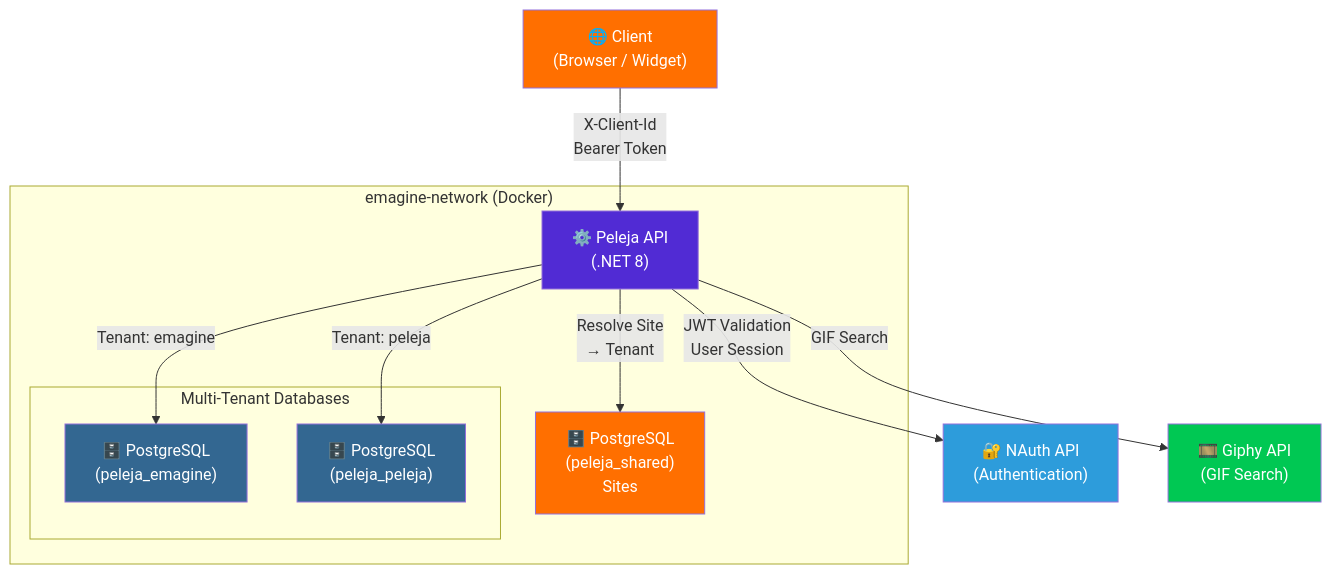
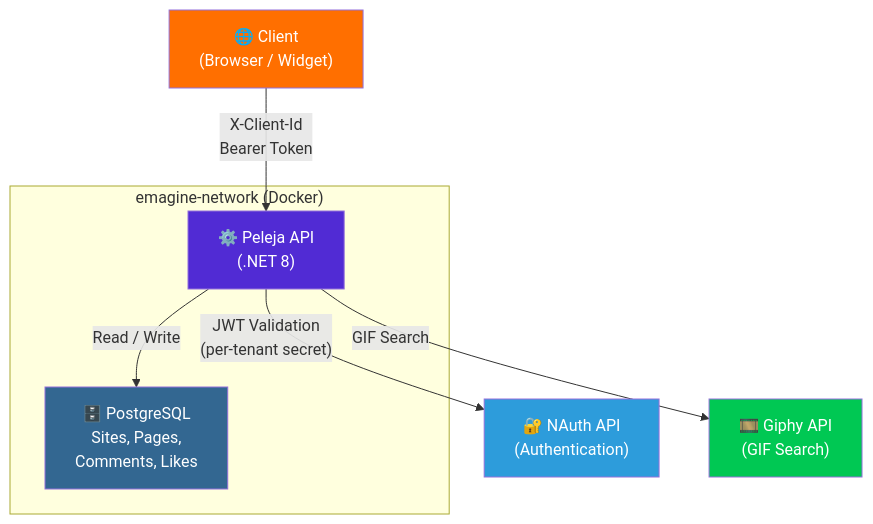
Before and after one commit to emaginebr/Peleja: the diagram in docs/system-design.mmd, drawn with Mermaid. The commit also changed 1 other file, not shown here.

```diff
--- a/docs/system-design.mmd
+++ b/docs/system-design.mmd
@@ -1,30 +1,20 @@
 flowchart TD
     Client["🌐 Client\n(Browser / Widget)"]
     NAuth["🔐 NAuth API\n(Authentication)"]
     Giphy["🎞️ Giphy API\n(GIF Search)"]
 
     subgraph emagine-network["emagine-network (Docker)"]
         API["⚙️ Peleja API\n(.NET 8)"]
-
-        DB_S["🗄️ PostgreSQL\n(peleja_shared)\nSites"]
-
-        subgraph Tenants["Multi-Tenant Databases"]
-            DB_E["🗄️ PostgreSQL\n(peleja_emagine)"]
-            DB_P["🗄️ PostgreSQL\n(peleja_peleja)"]
-        end
+        DB["🗄️ PostgreSQL\nSites, Pages,\nComments, Likes"]
     end
 
     Client -->|"X-Client-Id\nBearer Token"| API
-    API -->|"Resolve Site\n→ Tenant"| DB_S
-    API -->|"JWT Validation\nUser Session"| NAuth
+    API -->|"JWT Validation\n(per-tenant secret)"| NAuth
     API -->|"GIF Search"| Giphy
-    API -->|"Tenant: emagine"| DB_E
-    API -->|"Tenant: peleja"| DB_P
+    API -->|"Read / Write"| DB
 
     style API fill:#512BD4,color:#fff
     style NAuth fill:#2D9CDB,color:#fff
     style Giphy fill:#00C853,color:#fff
-    style DB_S fill:#FF6F00,color:#fff
-    style DB_E fill:#336791,color:#fff
-    style DB_P fill:#336791,color:#fff
+    style DB fill:#336791,color:#fff
     style Client fill:#FF6F00,color:#fff
```
